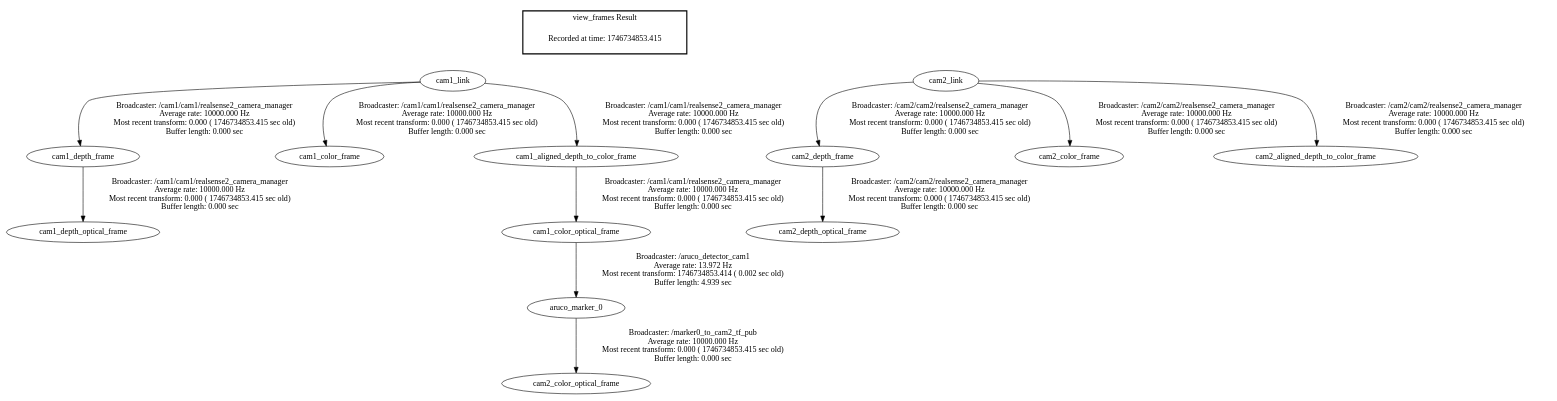
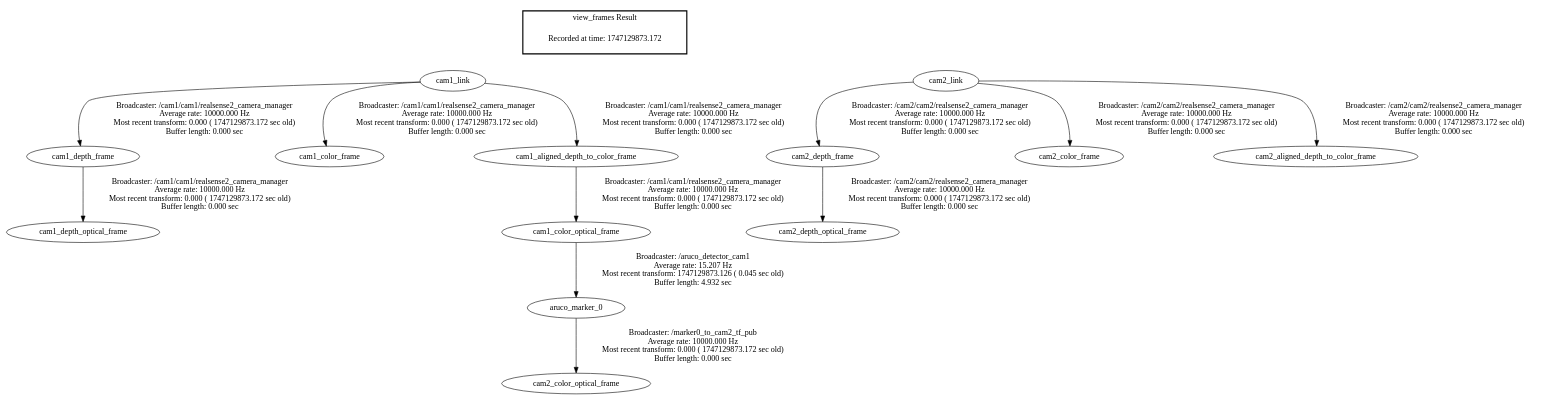
One commit to monderichi/new-rob8 changed the diagram in frames.gv. Above: the diagram before and after it, drawn with Graphviz. The commit also changed 2040 other files, not shown here.

```diff
--- a/frames.gv
+++ b/frames.gv
@@ -1,21 +1,21 @@
 digraph G {
-"cam1_link" -> "cam1_depth_frame"[label="Broadcaster: /cam1/cam1/realsense2_camera_manager\nAverage rate: 10000.000 Hz\nMost recent transform: 0.000 ( 1746734853.415 sec old)\nBuffer length: 0.000 sec\n"];
-"cam1_depth_frame" -> "cam1_depth_optical_frame"[label="Broadcaster: /cam1/cam1/realsense2_camera_manager\nAverage rate: 10000.000 Hz\nMost recent transform: 0.000 ( 1746734853.415 sec old)\nBuffer length: 0.000 sec\n"];
-"cam1_link" -> "cam1_color_frame"[label="Broadcaster: /cam1/cam1/realsense2_camera_manager\nAverage rate: 10000.000 Hz\nMost recent transform: 0.000 ( 1746734853.415 sec old)\nBuffer length: 0.000 sec\n"];
-"cam1_aligned_depth_to_color_frame" -> "cam1_color_optical_frame"[label="Broadcaster: /cam1/cam1/realsense2_camera_manager\nAverage rate: 10000.000 Hz\nMost recent transform: 0.000 ( 1746734853.415 sec old)\nBuffer length: 0.000 sec\n"];
-"cam1_link" -> "cam1_aligned_depth_to_color_frame"[label="Broadcaster: /cam1/cam1/realsense2_camera_manager\nAverage rate: 10000.000 Hz\nMost recent transform: 0.000 ( 1746734853.415 sec old)\nBuffer length: 0.000 sec\n"];
-"cam2_link" -> "cam2_depth_frame"[label="Broadcaster: /cam2/cam2/realsense2_camera_manager\nAverage rate: 10000.000 Hz\nMost recent transform: 0.000 ( 1746734853.415 sec old)\nBuffer length: 0.000 sec\n"];
-"cam2_depth_frame" -> "cam2_depth_optical_frame"[label="Broadcaster: /cam2/cam2/realsense2_camera_manager\nAverage rate: 10000.000 Hz\nMost recent transform: 0.000 ( 1746734853.415 sec old)\nBuffer length: 0.000 sec\n"];
-"cam2_link" -> "cam2_color_frame"[label="Broadcaster: /cam2/cam2/realsense2_camera_manager\nAverage rate: 10000.000 Hz\nMost recent transform: 0.000 ( 1746734853.415 sec old)\nBuffer length: 0.000 sec\n"];
-"aruco_marker_0" -> "cam2_color_optical_frame"[label="Broadcaster: /marker0_to_cam2_tf_pub\nAverage rate: 10000.000 Hz\nMost recent transform: 0.000 ( 1746734853.415 sec old)\nBuffer length: 0.000 sec\n"];
-"cam2_link" -> "cam2_aligned_depth_to_color_frame"[label="Broadcaster: /cam2/cam2/realsense2_camera_manager\nAverage rate: 10000.000 Hz\nMost recent transform: 0.000 ( 1746734853.415 sec old)\nBuffer length: 0.000 sec\n"];
-"cam1_color_optical_frame" -> "aruco_marker_0"[label="Broadcaster: /aruco_detector_cam1\nAverage rate: 13.972 Hz\nMost recent transform: 1746734853.414 ( 0.002 sec old)\nBuffer length: 4.939 sec\n"];
+"cam1_link" -> "cam1_depth_frame"[label="Broadcaster: /cam1/cam1/realsense2_camera_manager\nAverage rate: 10000.000 Hz\nMost recent transform: 0.000 ( 1747129873.172 sec old)\nBuffer length: 0.000 sec\n"];
+"cam1_depth_frame" -> "cam1_depth_optical_frame"[label="Broadcaster: /cam1/cam1/realsense2_camera_manager\nAverage rate: 10000.000 Hz\nMost recent transform: 0.000 ( 1747129873.172 sec old)\nBuffer length: 0.000 sec\n"];
+"cam1_link" -> "cam1_color_frame"[label="Broadcaster: /cam1/cam1/realsense2_camera_manager\nAverage rate: 10000.000 Hz\nMost recent transform: 0.000 ( 1747129873.172 sec old)\nBuffer length: 0.000 sec\n"];
+"cam1_aligned_depth_to_color_frame" -> "cam1_color_optical_frame"[label="Broadcaster: /cam1/cam1/realsense2_camera_manager\nAverage rate: 10000.000 Hz\nMost recent transform: 0.000 ( 1747129873.172 sec old)\nBuffer length: 0.000 sec\n"];
+"cam1_link" -> "cam1_aligned_depth_to_color_frame"[label="Broadcaster: /cam1/cam1/realsense2_camera_manager\nAverage rate: 10000.000 Hz\nMost recent transform: 0.000 ( 1747129873.172 sec old)\nBuffer length: 0.000 sec\n"];
+"cam2_link" -> "cam2_depth_frame"[label="Broadcaster: /cam2/cam2/realsense2_camera_manager\nAverage rate: 10000.000 Hz\nMost recent transform: 0.000 ( 1747129873.172 sec old)\nBuffer length: 0.000 sec\n"];
+"cam2_depth_frame" -> "cam2_depth_optical_frame"[label="Broadcaster: /cam2/cam2/realsense2_camera_manager\nAverage rate: 10000.000 Hz\nMost recent transform: 0.000 ( 1747129873.172 sec old)\nBuffer length: 0.000 sec\n"];
+"cam2_link" -> "cam2_color_frame"[label="Broadcaster: /cam2/cam2/realsense2_camera_manager\nAverage rate: 10000.000 Hz\nMost recent transform: 0.000 ( 1747129873.172 sec old)\nBuffer length: 0.000 sec\n"];
+"aruco_marker_0" -> "cam2_color_optical_frame"[label="Broadcaster: /marker0_to_cam2_tf_pub\nAverage rate: 10000.000 Hz\nMost recent transform: 0.000 ( 1747129873.172 sec old)\nBuffer length: 0.000 sec\n"];
+"cam2_link" -> "cam2_aligned_depth_to_color_frame"[label="Broadcaster: /cam2/cam2/realsense2_camera_manager\nAverage rate: 10000.000 Hz\nMost recent transform: 0.000 ( 1747129873.172 sec old)\nBuffer length: 0.000 sec\n"];
+"cam1_color_optical_frame" -> "aruco_marker_0"[label="Broadcaster: /aruco_detector_cam1\nAverage rate: 15.207 Hz\nMost recent transform: 1747129873.126 ( 0.045 sec old)\nBuffer length: 4.932 sec\n"];
 edge [style=invis];
  subgraph cluster_legend { style=bold; color=black; label ="view_frames Result";
-"Recorded at time: 1746734853.415"[ shape=plaintext ] ;
+"Recorded at time: 1747129873.172"[ shape=plaintext ] ;
  }->"cam1_link";
 edge [style=invis];
  subgraph cluster_legend { style=bold; color=black; label ="view_frames Result";
-"Recorded at time: 1746734853.415"[ shape=plaintext ] ;
+"Recorded at time: 1747129873.172"[ shape=plaintext ] ;
  }->"cam2_link";
 }
```
